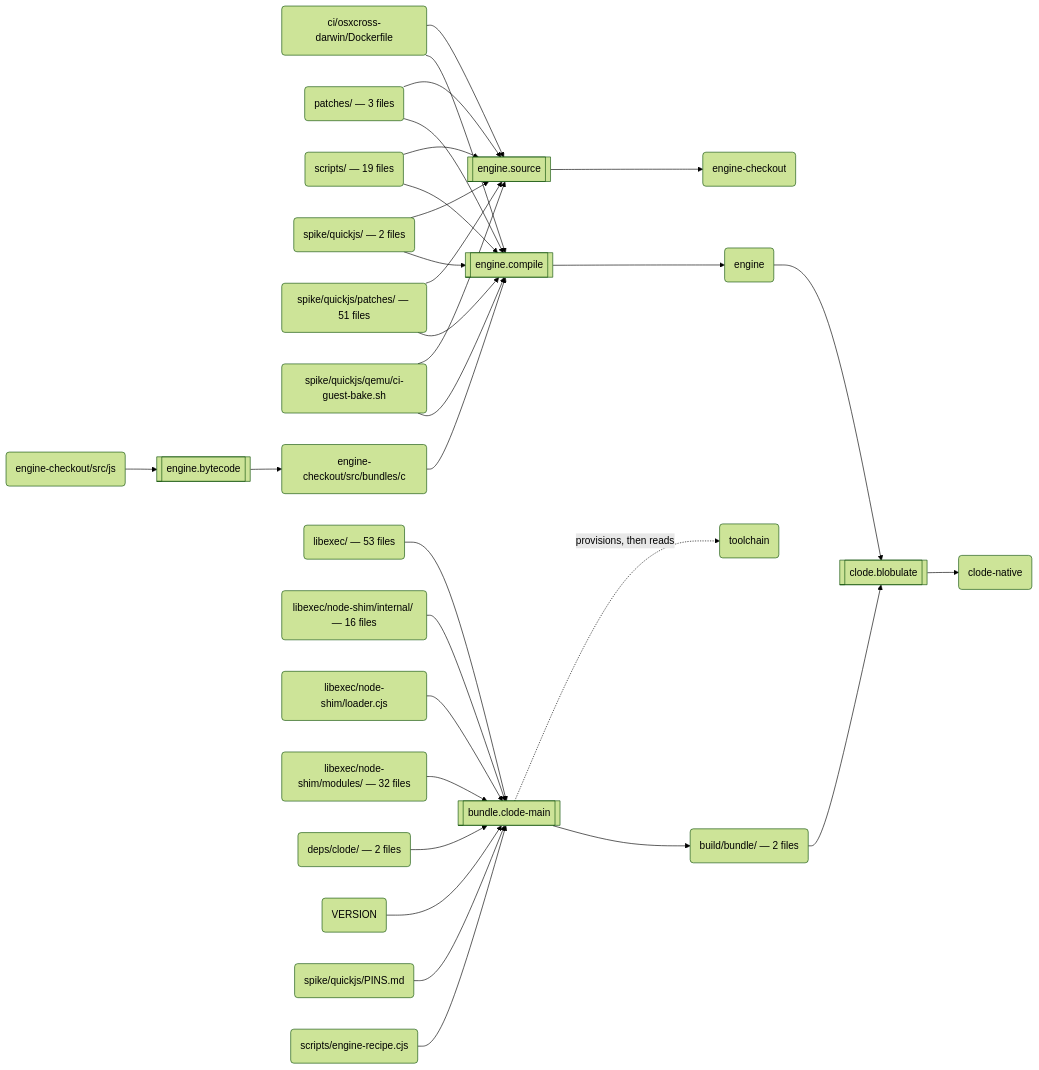
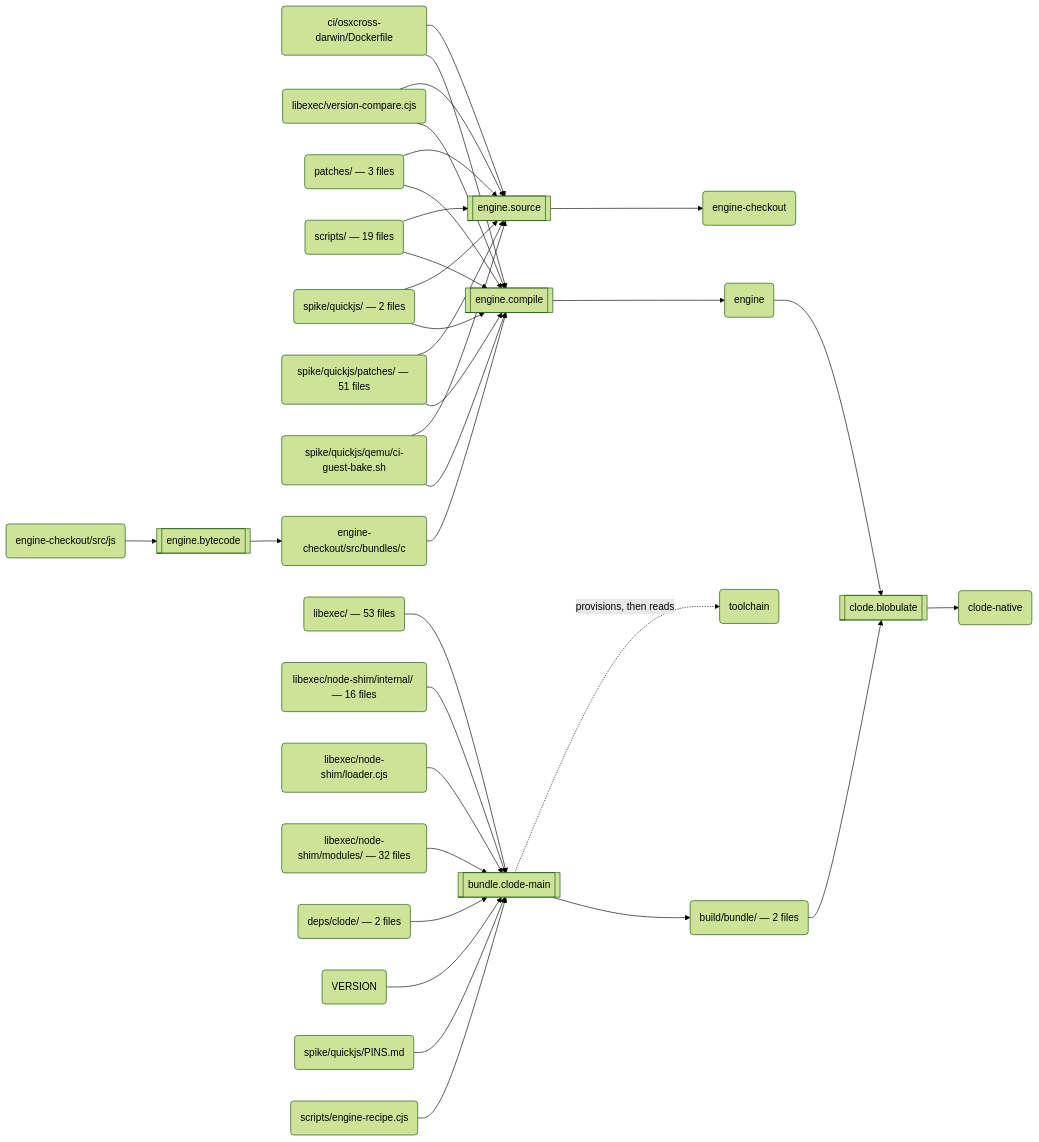
One commit to schmonz/clode changed the second of 3 diagrams in docs/build.md. Above: the diagram before and after it, drawn with Mermaid (forest theme). The commit also changed 2 other files, not shown here.

````diff
--- a/docs/build.md
+++ b/docs/build.md
@@ -123,59 +123,62 @@
 ```mermaid
 flowchart LR
   s0[["engine.source"]]
   a0("ci/osxcross-darwin/Dockerfile")
-  a1("patches/ — 3 files")
-  a2("scripts/ — 19 files")
-  a3("spike/quickjs/ — 2 files")
-  a4("spike/quickjs/patches/ — 51 files")
-  a5("spike/quickjs/qemu/ci-guest-bake.sh")
-  a6("engine-checkout")
+  a1("libexec/version-compare.cjs")
+  a2("patches/ — 3 files")
+  a3("scripts/ — 19 files")
+  a4("spike/quickjs/ — 2 files")
+  a5("spike/quickjs/patches/ — 51 files")
+  a6("spike/quickjs/qemu/ci-guest-bake.sh")
+  a7("engine-checkout")
   s1[["engine.bytecode"]]
-  a7("engine-checkout/src/js")
-  a8("engine-checkout/src/bundles/c")
+  a8("engine-checkout/src/js")
+  a9("engine-checkout/src/bundles/c")
   s2[["engine.compile"]]
-  a9("engine")
+  a10("engine")
   s3[["bundle.clode-main"]]
-  a10("libexec/ — 53 files")
-  a11("libexec/node-shim/internal/ — 16 files")
-  a12("libexec/node-shim/loader.cjs")
-  a13("libexec/node-shim/modules/ — 32 files")
-  a14("deps/clode/ — 2 files")
-  a15("VERSION")
-  a16("spike/quickjs/PINS.md")
-  a17("scripts/engine-recipe.cjs")
-  a18("toolchain")
-  a19("build/bundle/ — 2 files")
+  a11("libexec/ — 53 files")
+  a12("libexec/node-shim/internal/ — 16 files")
+  a13("libexec/node-shim/loader.cjs")
+  a14("libexec/node-shim/modules/ — 32 files")
+  a15("deps/clode/ — 2 files")
+  a16("VERSION")
+  a17("spike/quickjs/PINS.md")
+  a18("scripts/engine-recipe.cjs")
+  a19("toolchain")
+  a20("build/bundle/ — 2 files")
   s4[["clode.blobulate"]]
-  a20("clode-native")
+  a21("clode-native")
   a0 --> s0
   a1 --> s0
   a2 --> s0
   a3 --> s0
   a4 --> s0
   a5 --> s0
-  s0 --> a6
-  a7 --> s1
-  s1 --> a8
-  a8 --> s2
+  a6 --> s0
+  s0 --> a7
+  a8 --> s1
+  s1 --> a9
+  a9 --> s2
   a0 --> s2
   a1 --> s2
   a2 --> s2
   a3 --> s2
   a4 --> s2
   a5 --> s2
-  s2 --> a9
-  a10 --> s3
+  a6 --> s2
+  s2 --> a10
   a11 --> s3
   a12 --> s3
   a13 --> s3
   a14 --> s3
   a15 --> s3
   a16 --> s3
   a17 --> s3
-  s3 -.->|"provisions, then reads"| a18
-  s3 --> a19
-  a9 --> s4
-  a19 --> s4
-  s4 --> a20
+  a18 --> s3
+  s3 -.->|"provisions, then reads"| a19
+  s3 --> a20
+  a10 --> s4
+  a20 --> s4
+  s4 --> a21
 ```
````
